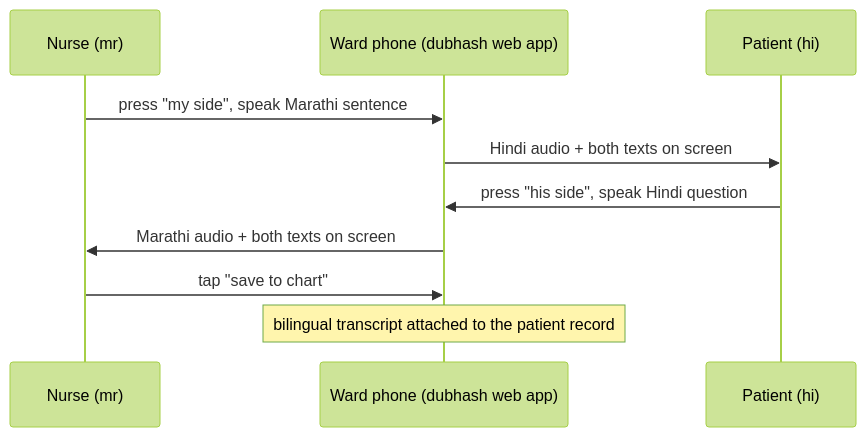
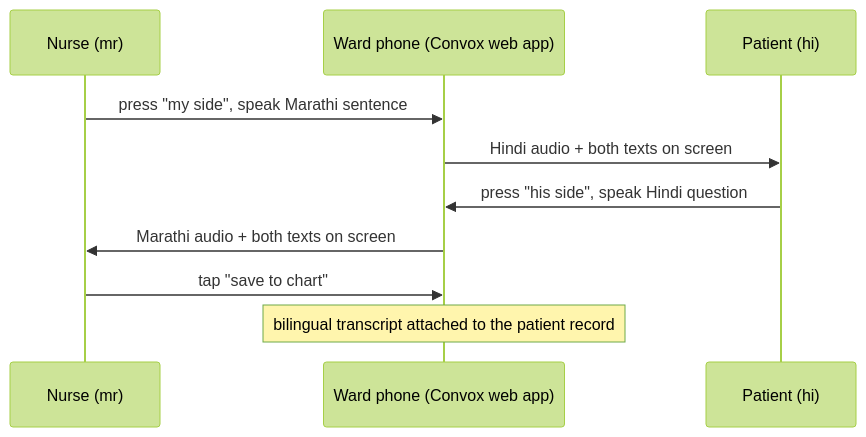
Before and after one commit to rohansx/convox: the second of 2 diagrams in docs/product/problem-and-users.md, drawn with Mermaid (forest theme). The commit also changed other lines of this file and 401 other files, not shown here.

````diff
--- a/docs/product/problem-and-users.md
+++ b/docs/product/problem-and-users.md
@@ -110,12 +110,12 @@
 ```mermaid
 sequenceDiagram
     participant N as Nurse (mr)
-    participant P as Ward phone (dubhash web app)
+    participant P as Ward phone (Convox web app)
     participant B as Patient (hi)
     N->>P: press "my side", speak Marathi sentence
     P->>B: Hindi audio + both texts on screen
     B->>P: press "his side", speak Hindi question
     P->>N: Marathi audio + both texts on screen
     N->>P: tap "save to chart"
     Note over P: bilingual transcript attached to the patient record
 ```
````
